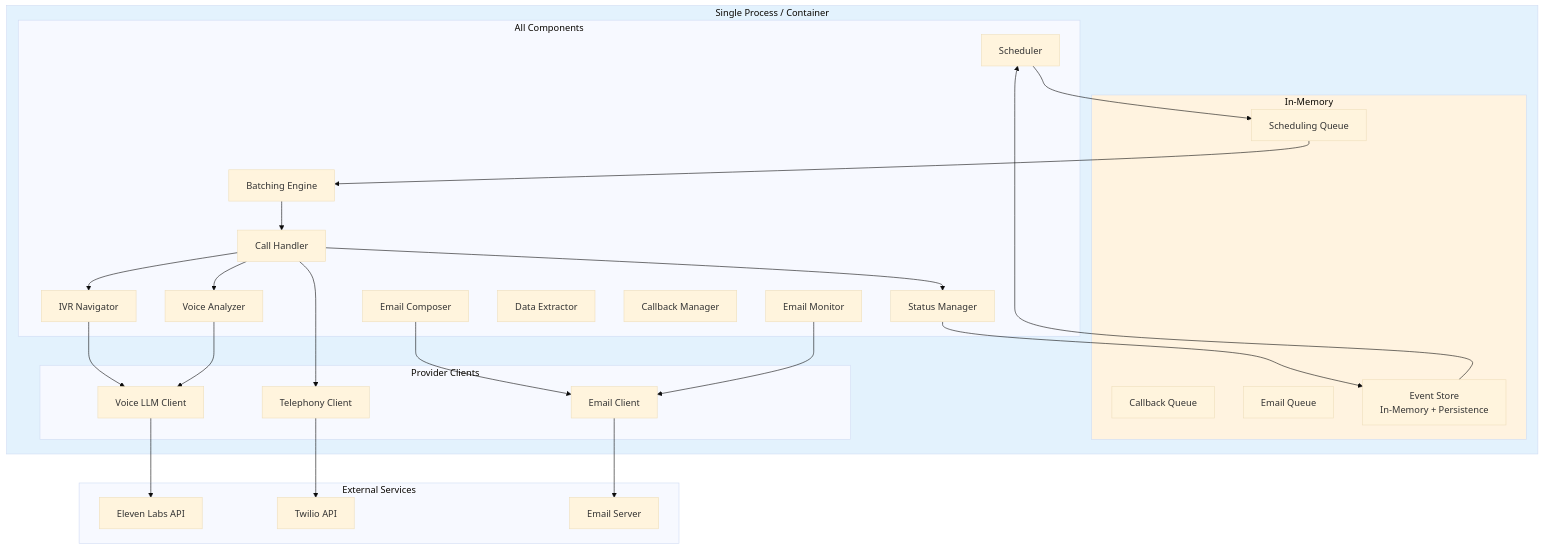
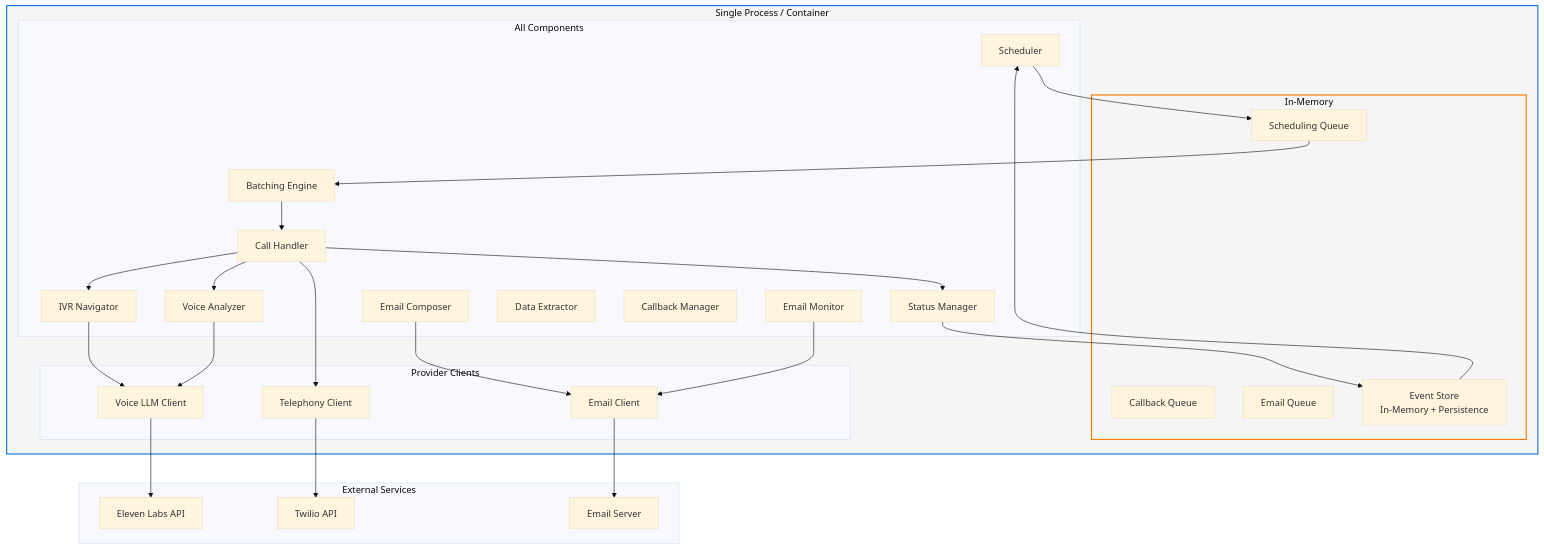
One commit to Org-for-Folio-AI/FolioAISpecs changed the second of 3 diagrams in design/Technical-Architecture-HLD.md. Above: the diagram before and after it, drawn with Mermaid (base theme). The commit also changed other lines of this file and 11 other files, not shown here.

First line of the commit message:
Update mermaid diagram colors for dark and light mode compatibility

````diff
--- a/design/Technical-Architecture-HLD.md
+++ b/design/Technical-Architecture-HLD.md
@@ -124,59 +124,59 @@
 ```mermaid
 graph TB
     subgraph SingleProcess["Single Process / Container"]
         subgraph Components["All Components"]
             S[Scheduler]
             B[Batching Engine]
             C[Call Handler]
             I[IVR Navigator]
             V[Voice Analyzer]
             EC[Email Composer]
             EM[Email Monitor]
             DE[Data Extractor]
             CB[Callback Manager]
             SM[Status Manager]
         end
 
         subgraph InMemory["In-Memory"]
             Q1[Scheduling Queue]
             Q2[Callback Queue]
             Q3[Email Queue]
             ES[Event Store<br/>In-Memory + Persistence]
         end
 
         subgraph Providers["Provider Clients"]
             VLLM[Voice LLM Client]
             TEL[Telephony Client]
             EMAIL[Email Client]
         end
     end
 
     subgraph External["External Services"]
         EL[Eleven Labs API]
         TW[Twilio API]
         SMTP[Email Server]
     end
 
     S --> Q1
     Q1 --> B
     B --> C
     C --> I
     C --> V
     C --> SM
     EC --> EMAIL
     EM --> EMAIL
 
     I --> VLLM
     V --> VLLM
     C --> TEL
 
     VLLM --> EL
     TEL --> TW
     EMAIL --> SMTP
 
     SM --> ES
     ES --> S
 
-    style SingleProcess fill:#e3f2fd
-    style InMemory fill:#fff3e0
+    style SingleProcess stroke:#1976d2,fill:#f5f5f5,stroke-width:2px
+    style InMemory stroke:#f57c00,fill:#f5f5f5,stroke-width:2px
 ```
````
